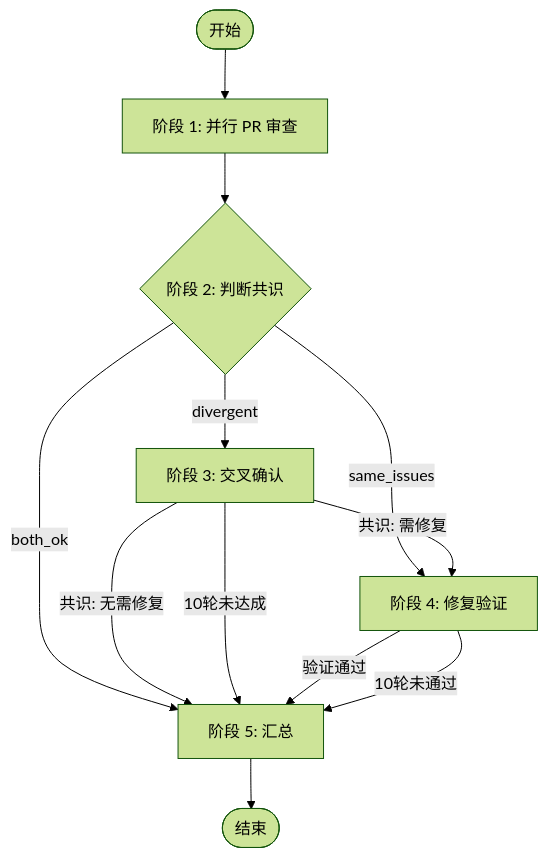
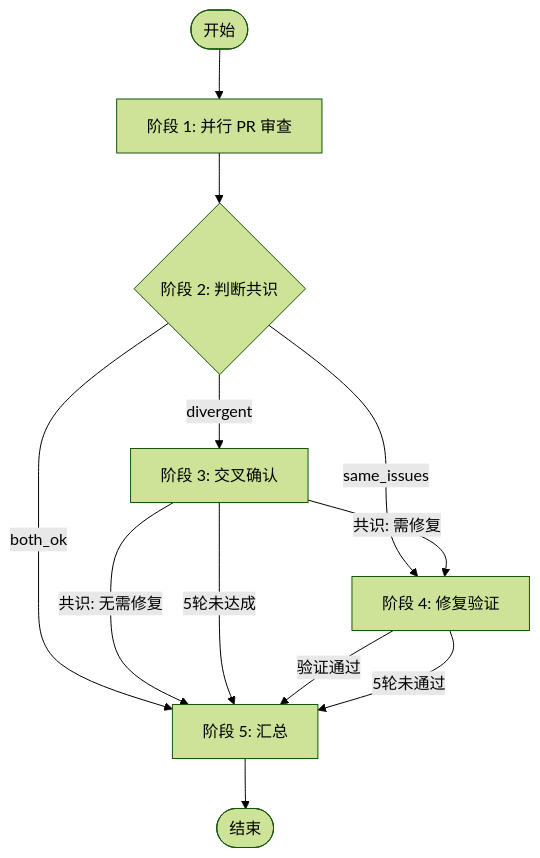
Before and after one commit to notdp/.dotfiles: the second of 2 diagrams in skills/duoduo/SKILL.md, drawn with Mermaid (forest theme). The commit also changed other lines of this file and 29 other files, not shown here.

First line of the commit message:
feat(duo): rewrite duoduo review with FIFO-based multi-agent architecture

````diff
--- a/skills/duoduo/SKILL.md
+++ b/skills/duoduo/SKILL.md
@@ -23,18 +70,18 @@
 ```mermaid
 flowchart TD
     Start([开始]) --> S1[阶段 1: 并行 PR 审查]
     S1 --> S2{阶段 2: 判断共识}
     
     S2 -->|both_ok| S5[阶段 5: 汇总]
     S2 -->|same_issues| S4[阶段 4: 修复验证]
     S2 -->|divergent| S3[阶段 3: 交叉确认]
     
     S3 -->|共识: 无需修复| S5
     S3 -->|共识: 需修复| S4
-    S3 -->|10轮未达成| S5
+    S3 -->|5轮未达成| S5
     
     S4 -->|验证通过| S5
-    S4 -->|10轮未通过| S5
+    S4 -->|5轮未通过| S5
     
     S5 --> End([结束])
 ```
````
